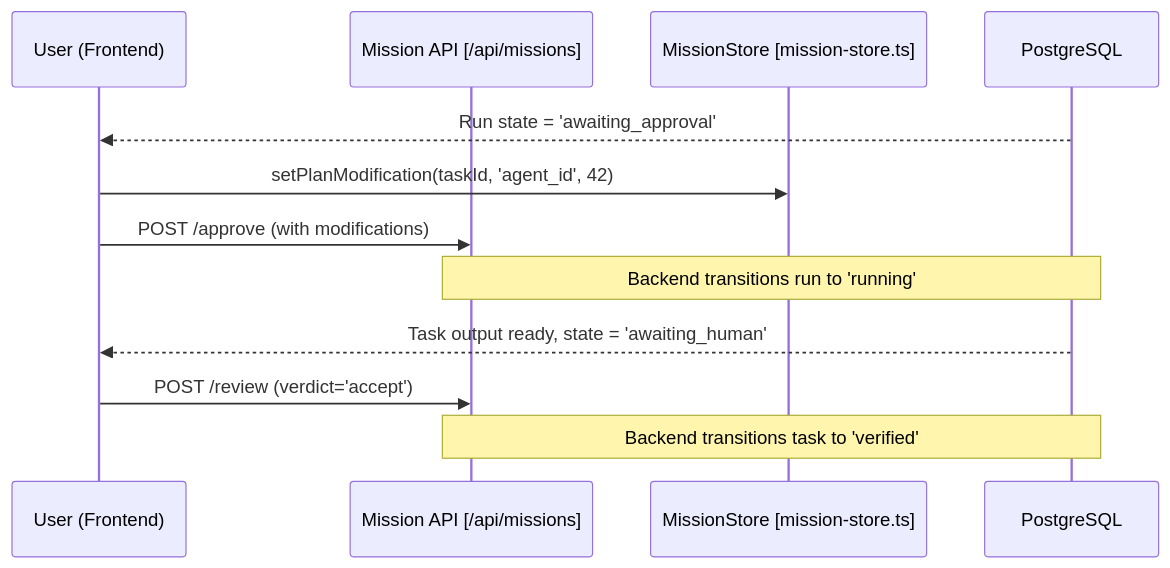
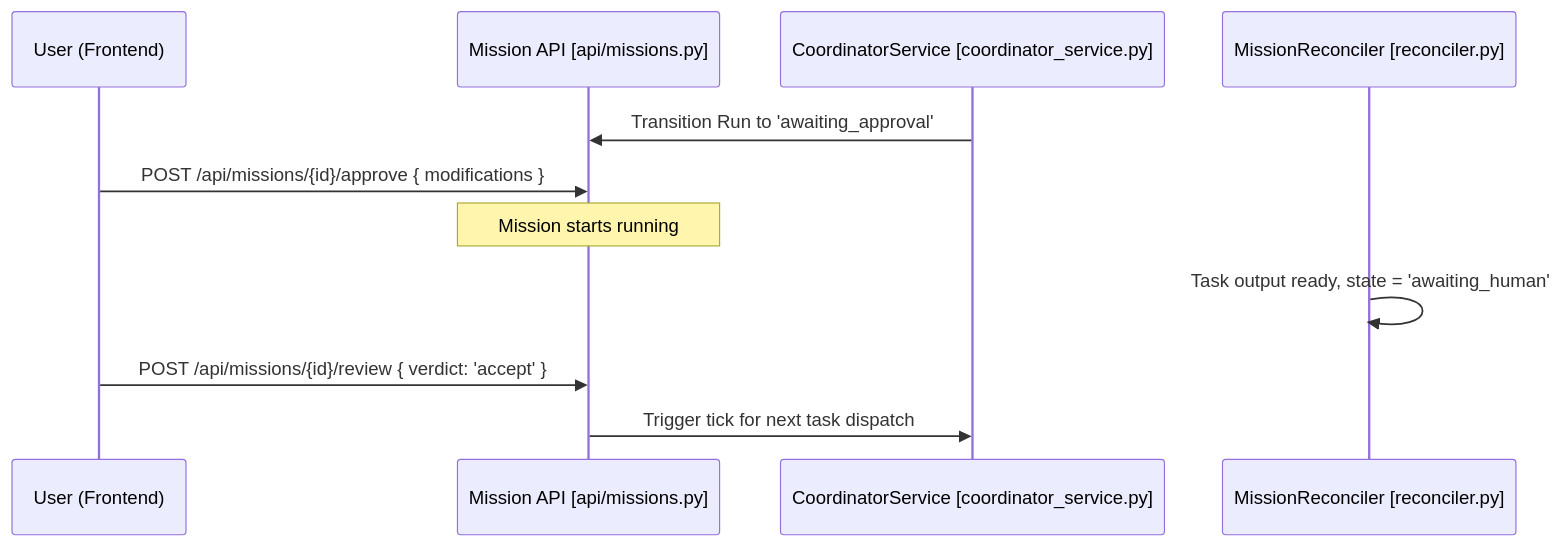
The second of 2 diagrams in docs/missions-multi-agent-coordination/mission-ui-human-review.md (AutomatosAI/automatos-ai), drawn with Mermaid before and after one commit. The commit also changed other lines of this file and 153 other files, not shown here.

````diff
--- a/docs/missions-multi-agent-coordination/mission-ui-human-review.md
+++ b/docs/missions-multi-agent-coordination/mission-ui-human-review.md
@@ -129,15 +130,14 @@
 ```mermaid
 sequenceDiagram
     participant U as User (Frontend)
-    participant API as Mission API [/api/missions]
-    participant MS as MissionStore [mission-store.ts]
-    participant DB as PostgreSQL
+    participant API as Mission API [api/missions.py]
+    participant CS as CoordinatorService [coordinator_service.py]
+    participant RS as MissionReconciler [reconciler.py]
 
-    DB-->>U: Run state = 'awaiting_approval'
-    U->>MS: setPlanModification(taskId, 'agent_id', 42)
-    U->>API: POST /approve (with modifications)
-    Note over API,DB: Backend transitions run to 'running'
-    DB-->>U: Task output ready, state = 'awaiting_human'
-    U->>API: POST /review (verdict='accept')
-    Note over API,DB: Backend transitions task to 'verified'
+    CS->>API: Transition Run to 'awaiting_approval'
+    U->>API: POST /api/missions/{id}/approve { modifications }
+    Note over API: Mission starts running
+    RS->>RS: Task output ready, state = 'awaiting_human'
+    U->>API: POST /api/missions/{id}/review { verdict: 'accept' }
+    API->>CS: Trigger tick for next task dispatch
 ```
````
